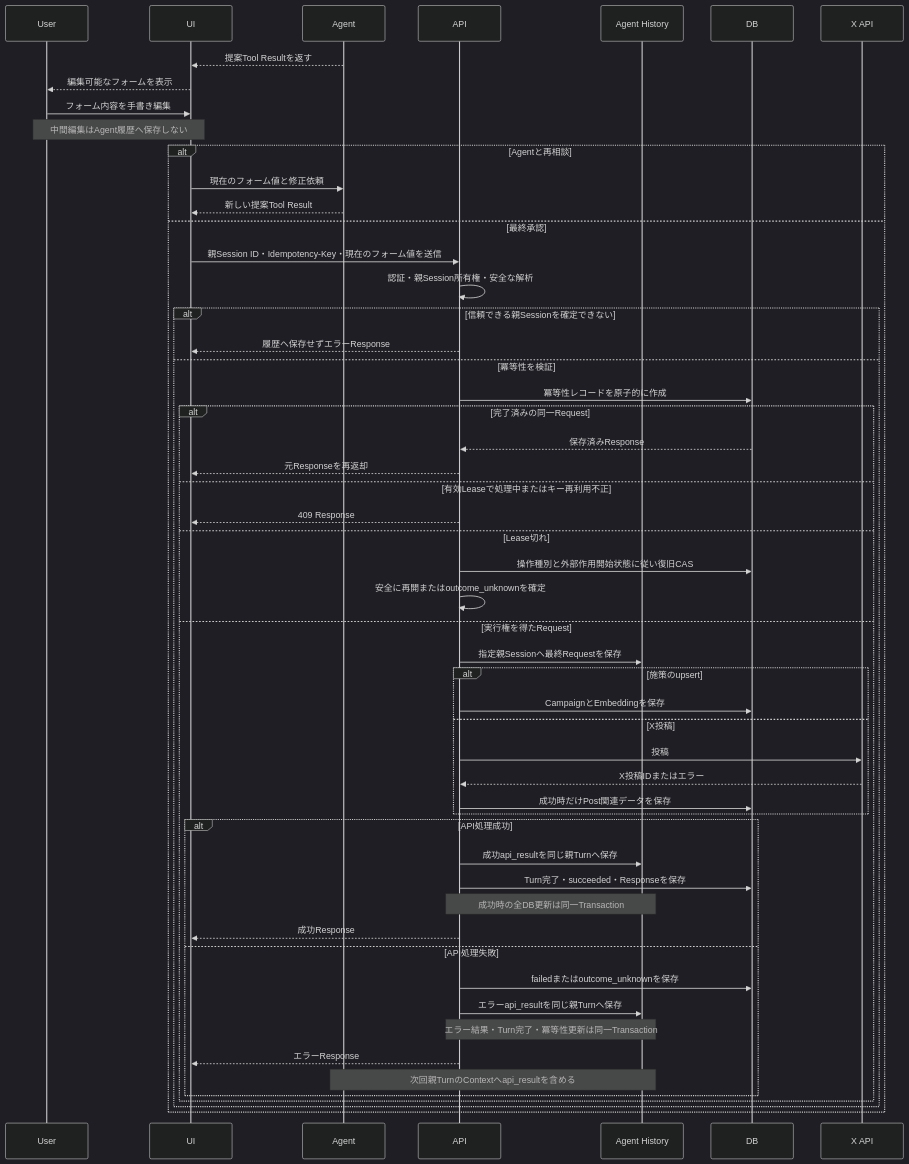
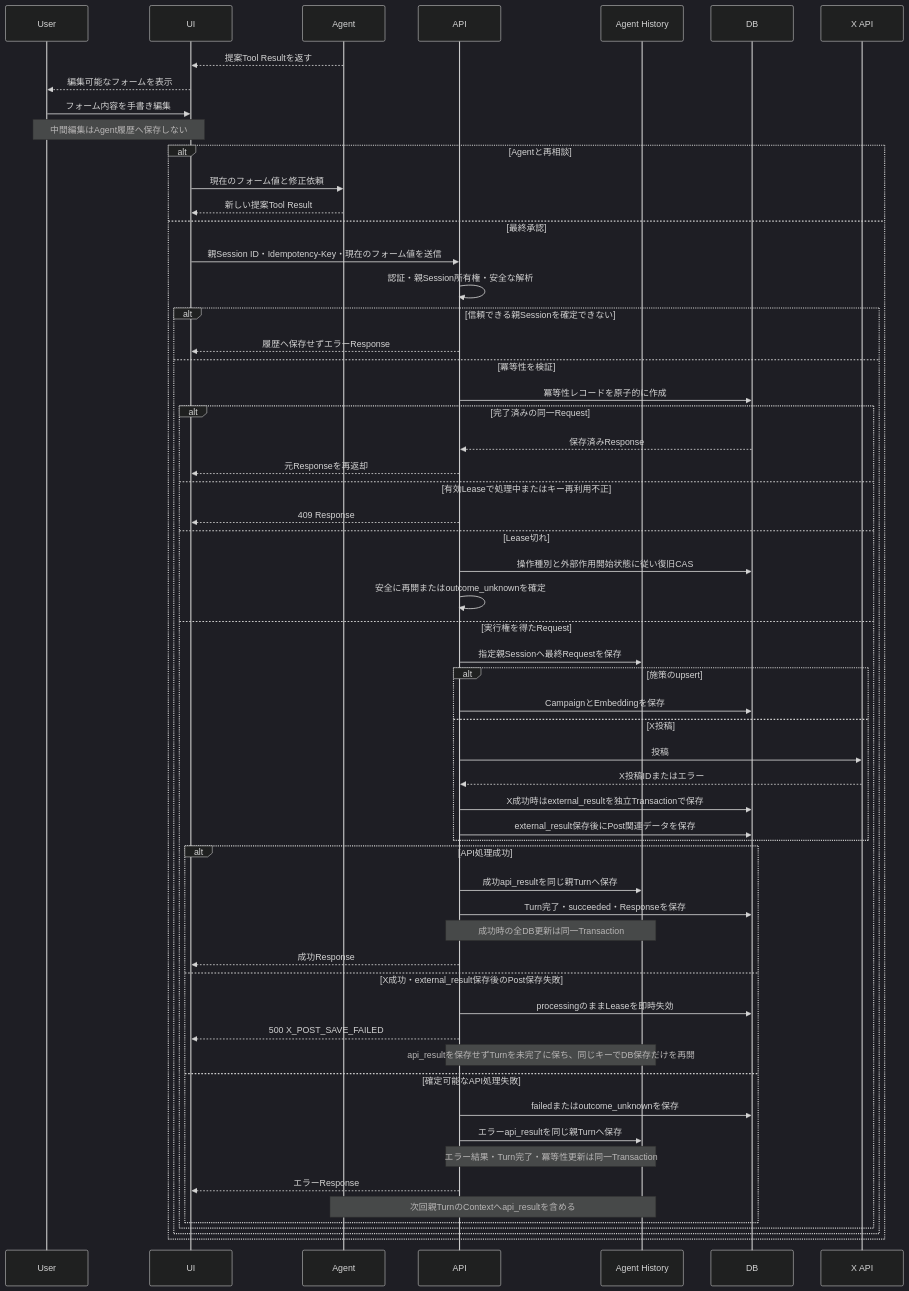
The third of 3 diagrams in docs/v.0.1/API_DESIGN.md (nishimura-yuma77/hiromeru), drawn with Mermaid (dark theme) before and after one commit. The commit also changed other lines of this file and 8 other files, not shown here.

````diff
--- a/docs/v.0.1/API_DESIGN.md
+++ b/docs/v.0.1/API_DESIGN.md
@@ -1579,57 +1745,62 @@
 ```mermaid
 sequenceDiagram
     participant U as User
     participant UI
     participant A as Agent
     participant API
     participant H as Agent History
     participant DB
     participant X as X API
 
     A-->>UI: 提案Tool Resultを返す
     UI-->>U: 編集可能なフォームを表示
     U->>UI: フォーム内容を手書き編集
     Note over U,UI: 中間編集はAgent履歴へ保存しない
     alt Agentと再相談
         UI->>A: 現在のフォーム値と修正依頼
         A-->>UI: 新しい提案Tool Result
     else 最終承認
         UI->>API: 親Session ID・Idempotency-Key・現在のフォーム値を送信
         API->>API: 認証・親Session所有権・安全な解析
         alt 信頼できる親Sessionを確定できない
             API-->>UI: 履歴へ保存せずエラーResponse
         else 冪等性を検証
             API->>DB: 冪等性レコードを原子的に作成
             alt 完了済みの同一Request
                 DB-->>API: 保存済みResponse
                 API-->>UI: 元Responseを再返却
             else 有効Leaseで処理中またはキー再利用不正
                 API-->>UI: 409 Response
             else Lease切れ
                 API->>DB: 操作種別と外部作用開始状態に従い復旧CAS
                 API->>API: 安全に再開またはoutcome_unknownを確定
             else 実行権を得たRequest
                 API->>H: 指定親Sessionへ最終Requestを保存
                 alt 施策のupsert
                     API->>DB: CampaignとEmbeddingを保存
                 else X投稿
                     API->>X: 投稿
                     X-->>API: X投稿IDまたはエラー
-                    API->>DB: 成功時だけPost関連データを保存
+                    API->>DB: X成功時はexternal_resultを独立Transactionで保存
+                    API->>DB: external_result保存後にPost関連データを保存
                 end
                 alt API処理成功
                     API->>H: 成功api_resultを同じ親Turnへ保存
                     API->>DB: Turn完了・succeeded・Responseを保存
                     Note over API,H: 成功時の全DB更新は同一Transaction
                     API-->>UI: 成功Response
-                else API処理失敗
+                else X成功・external_result保存後のPost保存失敗
+                    API->>DB: processingのままLeaseを即時失効
+                    API-->>UI: 500 X_POST_SAVE_FAILED
+                    Note over API,H: api_resultを保存せずTurnを未完了に保ち、同じキーでDB保存だけを再開
+                else 確定可能なAPI処理失敗
                     API->>DB: failedまたはoutcome_unknownを保存
                     API->>H: エラーapi_resultを同じ親Turnへ保存
                     Note over API,H: エラー結果・Turn完了・冪等性更新は同一Transaction
                     API-->>UI: エラーResponse
                     Note over A,H: 次回親TurnのContextへapi_resultを含める
                 end
             end
         end
     end
 ```
````
